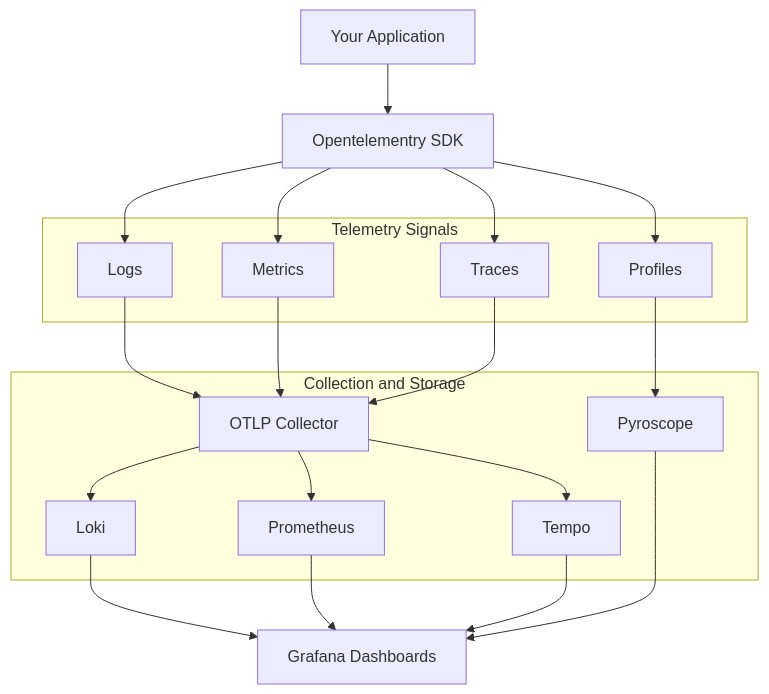
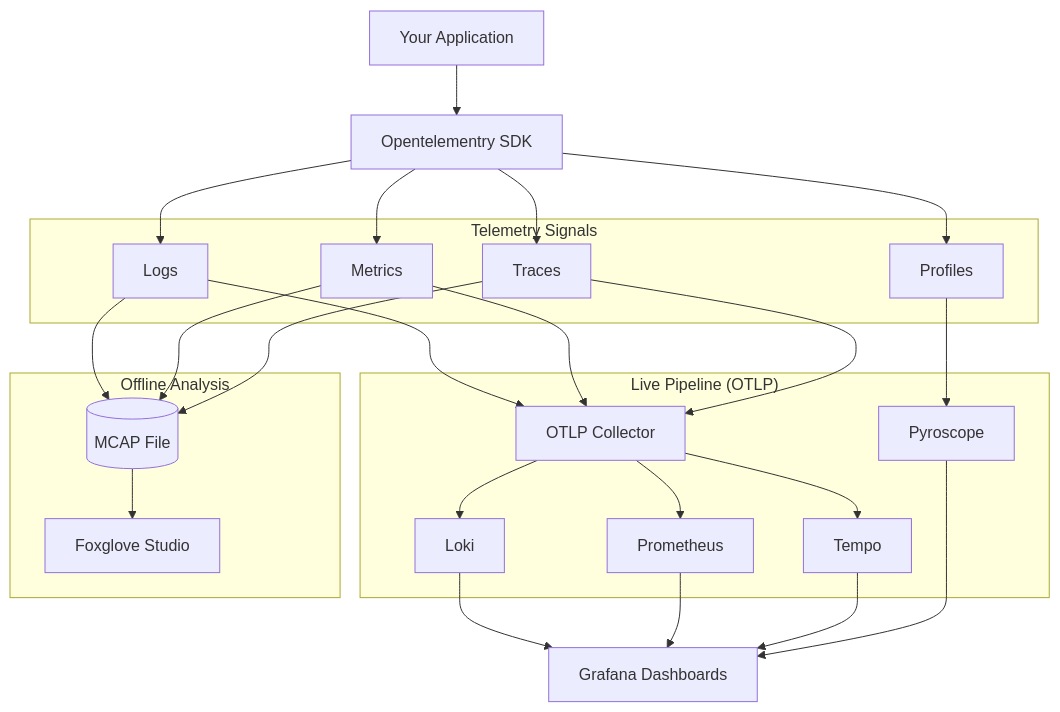
One commit to the-protobuf-project/opentelementry changed the diagram in README.md. Above: the diagram before and after it, drawn with Mermaid.

Commit message:
feat(docs): update README to reflect live pipeline and offline analysis components

````diff
--- a/README.md
+++ b/README.md
@@ -68,42 +68,52 @@
 ```mermaid
 graph TB
     App[Your Application]
     SDK[Opentelementry SDK]
 
     subgraph Signals["Telemetry Signals"]
         Logs[Logs]
         Metrics[Metrics]
         Traces[Traces]
         Profiles[Profiles]
     end
 
-    subgraph Collection["Collection and Storage"]
+    subgraph Live["Live Pipeline (OTLP)"]
         OTLP[OTLP Collector]
         Loki[Loki]
         Prometheus[Prometheus]
         Tempo[Tempo]
         Pyroscope[Pyroscope]
     end
 
     Grafana[Grafana Dashboards]
+
+    subgraph Offline["Offline Analysis"]
+        MCAP[(MCAP File)]
+        Foxglove[Foxglove Studio]
+    end
 
     App --> SDK
     SDK --> Logs
     SDK --> Metrics
     SDK --> Traces
     SDK --> Profiles
 
     Logs --> OTLP
     Metrics --> OTLP
     Traces --> OTLP
     Profiles --> Pyroscope
 
     OTLP --> Loki
     OTLP --> Prometheus
     OTLP --> Tempo
 
     Loki --> Grafana
     Prometheus --> Grafana
     Tempo --> Grafana
     Pyroscope --> Grafana
+
+    Logs --> MCAP
+    Metrics --> MCAP
+    Traces --> MCAP
+    MCAP --> Foxglove
 ```
````
